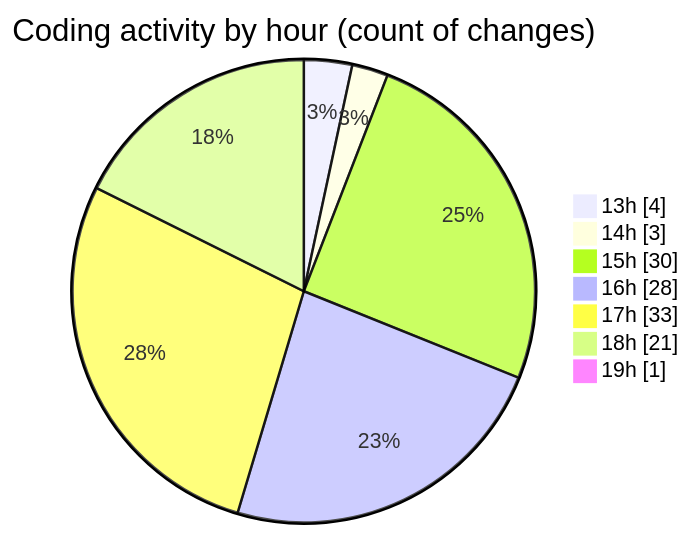
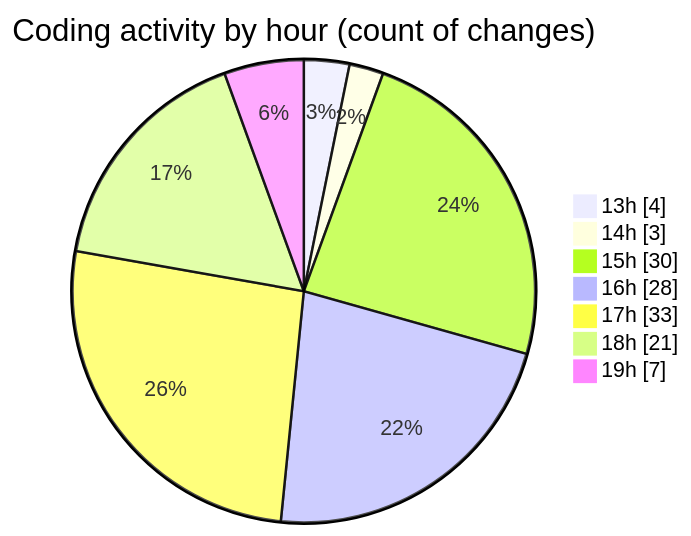
The second of 2 diagrams in 2025-08-11/ribbon/README.md (EIIisD/code-tracking), drawn with Mermaid before and after one commit. The commit also changed other lines of this file and 1 other file, not shown here.

````diff
--- a/2025-08-11/ribbon/README.md
+++ b/2025-08-11/ribbon/README.md
@@ -52,11 +52,11 @@
 ```mermaid
 pie showData
 title Coding activity by hour (count of changes)
 "13h" : 4
 "14h" : 3
 "15h" : 30
 "16h" : 28
 "17h" : 33
 "18h" : 21
-"19h" : 1
+"19h" : 7
 ```
````
